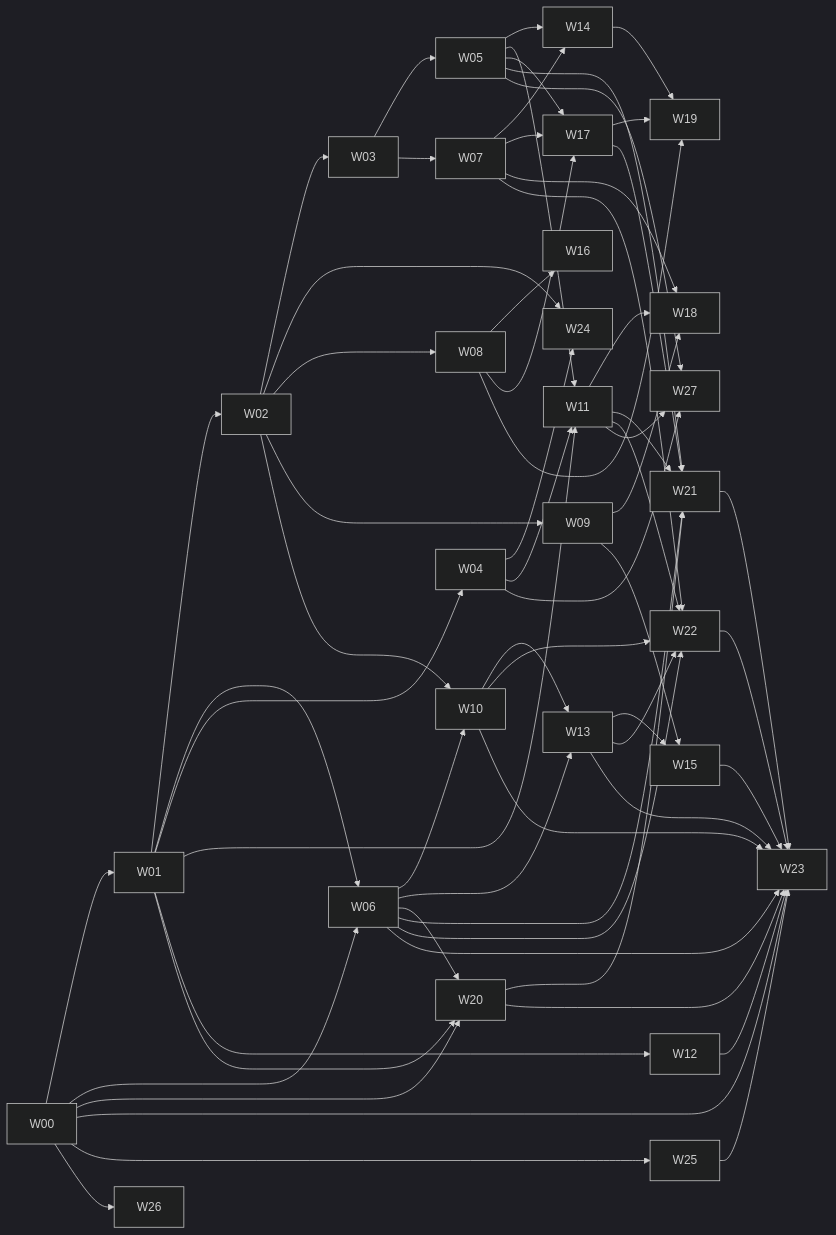
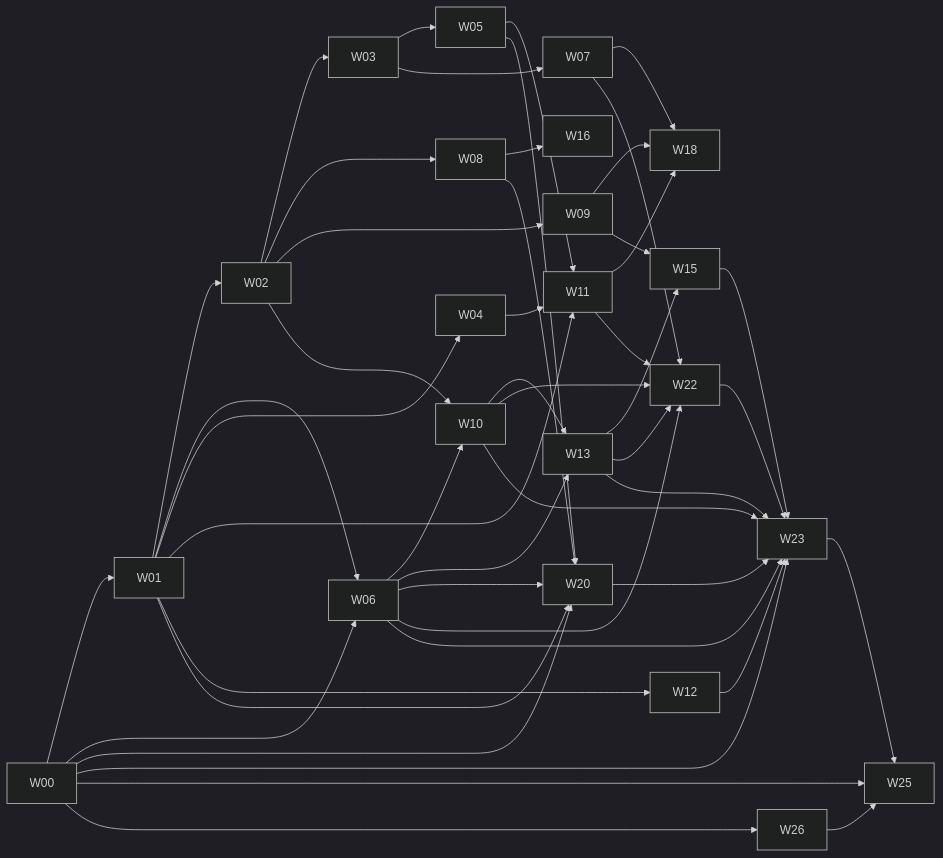
The diagram in docs/plan/PRODUCT_WAVES.md (recferret-bit/terraagent), drawn with Mermaid (dark theme) before and after one commit. The commit also changed other lines of this file and 47 other files, not shown here.

````diff
--- a/docs/plan/PRODUCT_WAVES.md
+++ b/docs/plan/PRODUCT_WAVES.md
@@ -52,27 +61,21 @@
 ```mermaid
 flowchart LR
   W00 --> W01 --> W02
   W00 & W01 --> W06
   W02 --> W03 --> W05
   W03 --> W07
-  W05 & W07 --> W14
   W01 --> W04
-  W02 & W04 --> W24
   W02 --> W08 --> W16
   W02 --> W09
   W01 & W04 & W05 --> W11
   W01 --> W12
-  W05 & W07 & W08 --> W17
-  W08 & W14 & W17 --> W19
   W07 & W09 & W11 --> W18
   W02 & W06 --> W10
   W06 & W10 --> W13
   W09 & W13 --> W15
-  W00 & W01 & W06 --> W20
-  W05 & W06 & W11 & W17 & W20 --> W21
+  W00 & W01 & W06 & W05 & W08 --> W20
   W06 & W07 & W10 & W11 & W13 --> W22
-  W00 & W06 & W10 & W12 & W13 & W15 & W20 & W21 & W22 & W25 --> W23
-  W00 --> W25
+  W00 & W06 & W10 & W12 & W13 & W15 & W20 & W22 --> W23
+  W00 & W26 & W23 --> W25
   W00 --> W26
-  W04 & W05 & W11 --> W27
 ```
````
